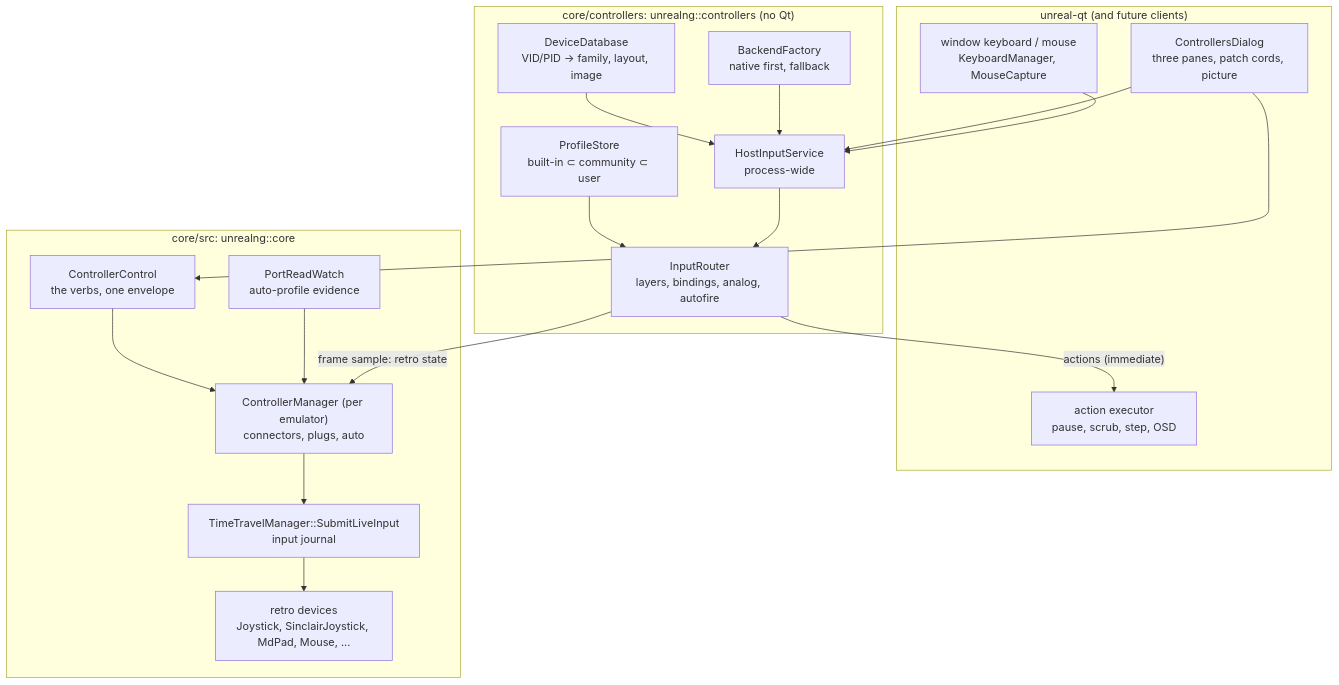
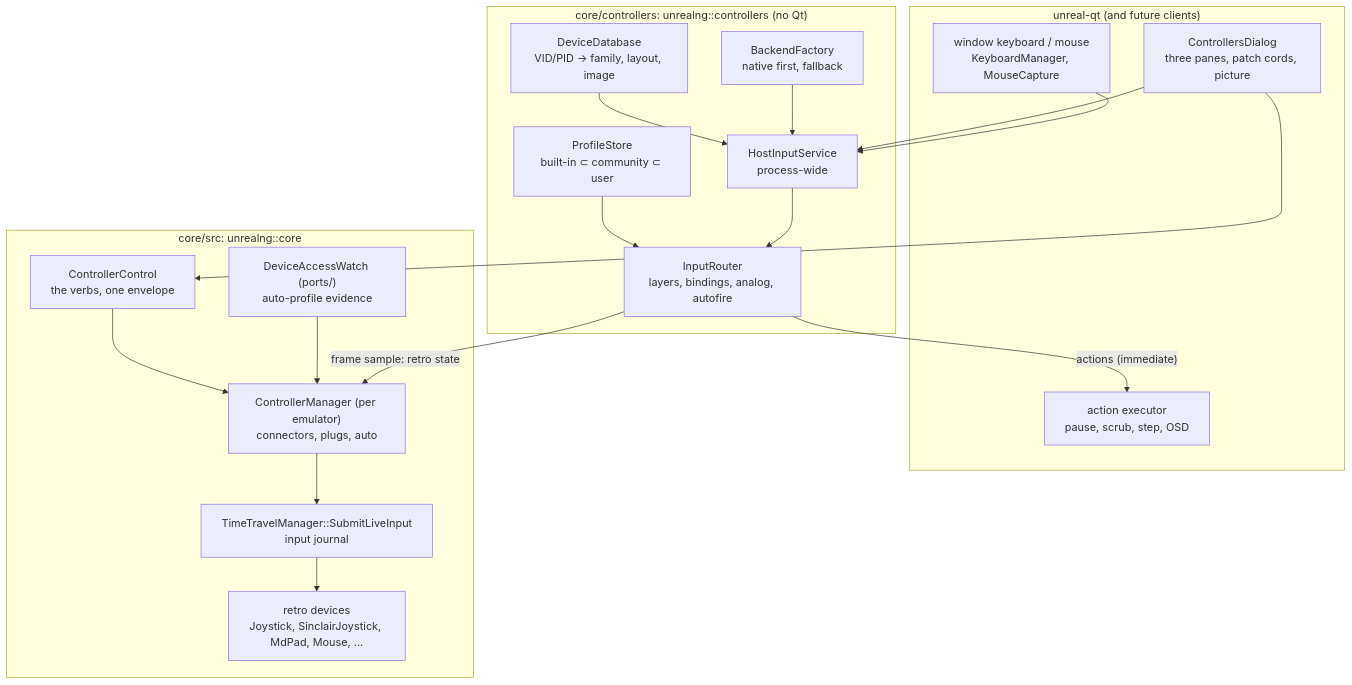
One commit to alfishe/unreal-ng changed the first of 2 diagrams in docs/inprogress/2026-10-17-controller-manager/architecture.md. Above: the diagram before and after it, drawn with Mermaid. The commit also changed other lines of this file and 42 other files, not shown here.

````diff
--- a/docs/inprogress/2026-10-17-controller-manager/architecture.md
+++ b/docs/inprogress/2026-10-17-controller-manager/architecture.md
@@ -45,34 +45,34 @@
 ```mermaid
 flowchart TB
     subgraph QT["unreal-qt (and future clients)"]
         DLG["ControllersDialog<br/>three panes, patch cords, picture"]
         WK["window keyboard / mouse<br/>KeyboardManager, MouseCapture"]
         ACT["action executor<br/>pause, scrub, step, OSD"]
     end
     subgraph LIB["core/controllers: unrealng::controllers (no Qt)"]
         SVC["HostInputService<br/>process-wide"]
         BEF["BackendFactory<br/>native first, fallback"]
         DB["DeviceDatabase<br/>VID/PID → family, layout, image"]
         RTR["InputRouter<br/>layers, bindings, analog, autofire"]
         PRF["ProfileStore<br/>built-in ⊂ community ⊂ user"]
     end
     subgraph CORE["core/src: unrealng::core"]
         CMG["ControllerManager (per emulator)<br/>connectors, plugs, auto"]
         CCTL["ControllerControl<br/>the verbs, one envelope"]
         DEVS["retro devices<br/>Joystick, SinclairJoystick, MdPad, Mouse, ..."]
         TTD["TimeTravelManager::SubmitLiveInput<br/>input journal"]
-        HEUR["PortReadWatch<br/>auto-profile evidence"]
+        HEUR["DeviceAccessWatch (ports/)<br/>auto-profile evidence"]
     end
     WK --> SVC
     BEF --> SVC
     SVC --> RTR
     DB --> SVC
     PRF --> RTR
     RTR -->|"frame sample: retro state"| CMG
     RTR -->|"actions (immediate)"| ACT
     CMG --> TTD --> DEVS
     HEUR --> CMG
     CCTL --> CMG
     DLG --> CCTL
     DLG --> SVC
 ```
````
